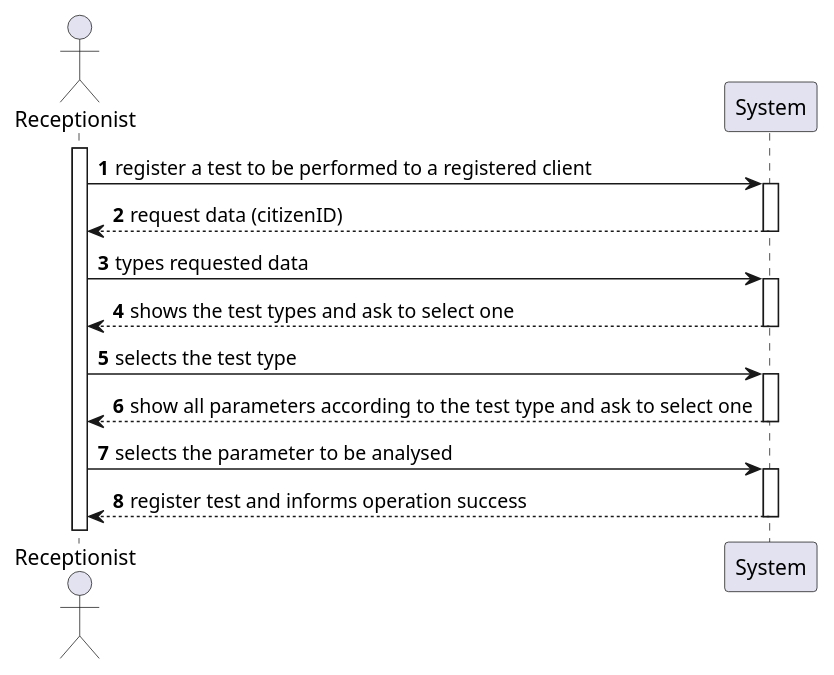
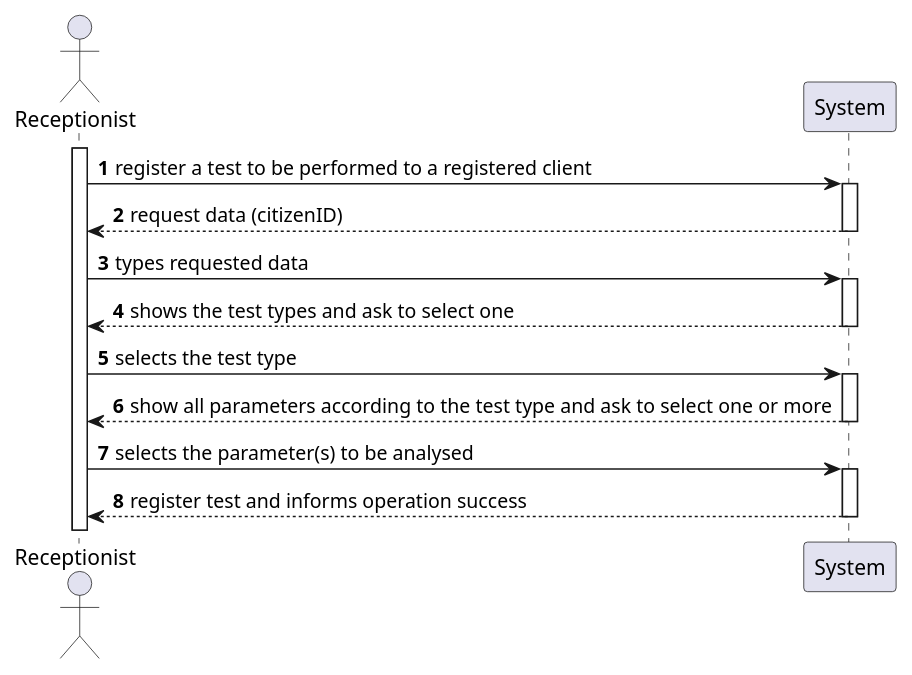
Before and after one commit to 0franciscor/lei-21-s2-1de-g19: the diagram in docs/SprintC/US04/US04-SSD.puml, drawn with PlantUML. The commit also changed 2 other files, not shown here.

```diff
--- a/docs/SprintC/US04/US04-SSD.puml
+++ b/docs/SprintC/US04/US04-SSD.puml
@@ -1,16 +1,16 @@
 @startuml
 'https://plantuml.com/sequence-diagram
 
 autonumber
 
 actor "Receptionist" as R
 activate R
 R -> System ++: register a test to be performed to a registered client
 System -->  R --: request data (citizenID)
 R -> System ++: types requested data
 System --> R --: shows the test types and ask to select one
 R -> System ++: selects the test type
-System --> R --: show all parameters according to the test type and ask to select one
-R -> System ++: selects the parameter to be analysed
+System --> R --: show all parameters according to the test type and ask to select one or more
+R -> System ++: selects the parameter(s) to be analysed
 System --> R --: register test and informs operation success
 @enduml
```
